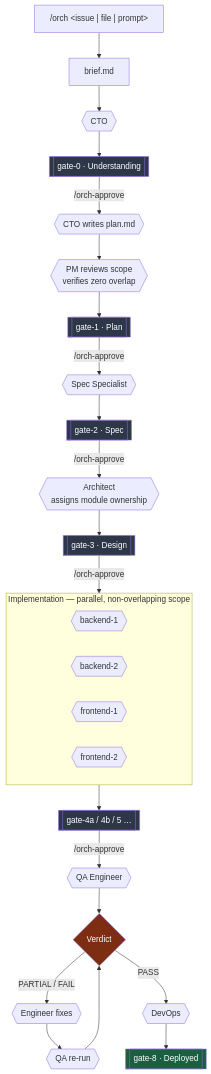
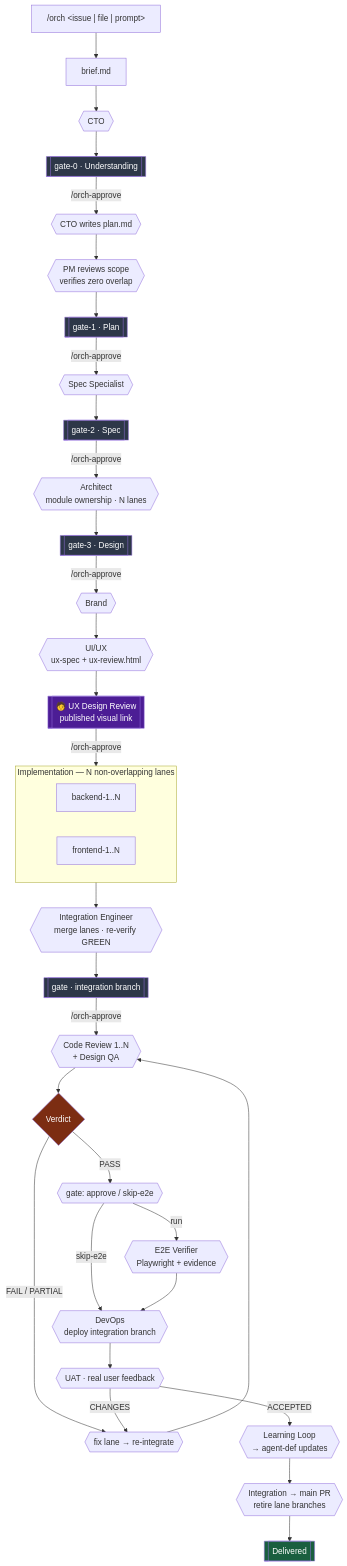
Before and after one commit to richrhyms/agent-delivery-harness: the diagram in README.md, drawn with Mermaid. The commit also changed other lines of this file and 15 other files, not shown here.

````diff
--- a/README.md
+++ b/README.md
@@ -11,39 +11,48 @@
 ```mermaid
 flowchart TD
     A["/orch &lt;issue | file | prompt&gt;"] --> B[brief.md]
     B --> C{{CTO}}
     C --> G0[["gate-0 · Understanding"]]
     G0 -->|/orch-approve| D{{CTO writes plan.md}}
     D --> PM{{PM reviews scope<br/>verifies zero overlap}}
     PM --> G1[["gate-1 · Plan"]]
     G1 -->|/orch-approve| SP{{Spec Specialist}}
     SP --> G2[["gate-2 · Spec"]]
-    G2 -->|/orch-approve| AR{{Architect<br/>assigns module ownership}}
+    G2 -->|/orch-approve| AR{{Architect<br/>module ownership · N lanes}}
     AR --> G3[["gate-3 · Design"]]
-    G3 -->|/orch-approve| IMP
+    G3 -->|/orch-approve| BR{{Brand}}
+    BR --> UX{{UI/UX<br/>ux-spec + ux-review.html}}
+    UX --> G3d[["🧑 UX Design Review<br/>published visual link"]]
+    G3d -->|/orch-approve| IMP
 
-    subgraph IMP["Implementation — parallel, non-overlapping scope"]
+    subgraph IMP["Implementation — N non-overlapping lanes"]
         direction LR
-        BE1{{backend-1}}
-        BE2{{backend-2}}
-        FE1{{frontend-1}}
-        FE2{{frontend-2}}
+        BE["backend-1..N"]
+        FE["frontend-1..N"]
     end
 
-    IMP --> G4[["gate-4a / 4b / 5 …"]]
-    G4 -->|/orch-approve| QA{{QA Engineer}}
-    QA --> V{Verdict}
-    V -->|PARTIAL / FAIL| FIX{{Engineer fixes}}
-    FIX --> REQA{{QA re-run}}
-    REQA --> V
-    V -->|PASS| DO{{DevOps}}
-    DO --> G8[["gate-8 · Deployed"]]
+    IMP --> INT{{Integration Engineer<br/>merge lanes · re-verify GREEN}}
+    INT --> G5[["gate · integration branch"]]
+    G5 -->|/orch-approve| CR{{Code Review 1..N<br/>+ Design QA}}
+    CR --> V{Verdict}
+    V -->|FAIL / PARTIAL| FIX{{fix lane → re-integrate}}
+    FIX --> CR
+    V -->|PASS| EG{{gate: approve / skip-e2e}}
+    EG -->|skip-e2e| DO
+    EG -->|run| E2E{{E2E Verifier<br/>Playwright + evidence}}
+    E2E --> DO{{DevOps<br/>deploy integration branch}}
+    DO --> UAT{{UAT · real user feedback}}
+    UAT -->|CHANGES| FIX
+    UAT -->|ACCEPTED| LL{{Learning Loop<br/>→ agent-def updates}}
+    LL --> PROM{{Integration → main PR<br/>retire lane branches}}
+    PROM --> DONE[["Delivered"]]
 
     style G0 fill:#2d3748,color:#fff
     style G1 fill:#2d3748,color:#fff
     style G2 fill:#2d3748,color:#fff
     style G3 fill:#2d3748,color:#fff
-    style G4 fill:#2d3748,color:#fff
-    style G8 fill:#1a5f3f,color:#fff
+    style G3d fill:#4c1d95,color:#fff
+    style G5 fill:#2d3748,color:#fff
+    style DONE fill:#1a5f3f,color:#fff
     style V fill:#7c2d12,color:#fff
 ```
````
